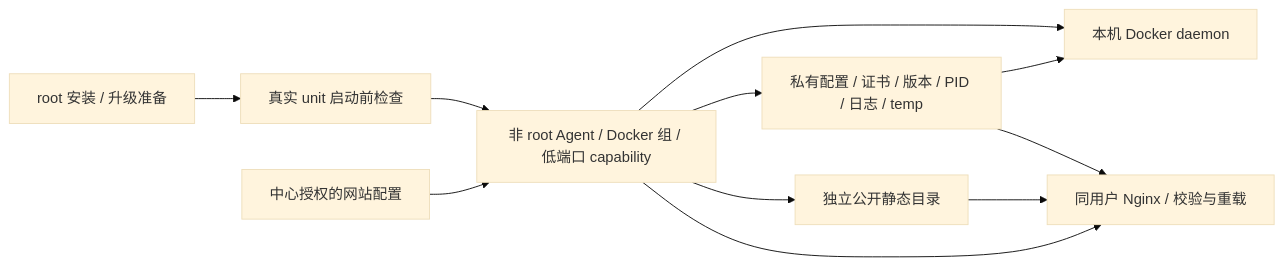
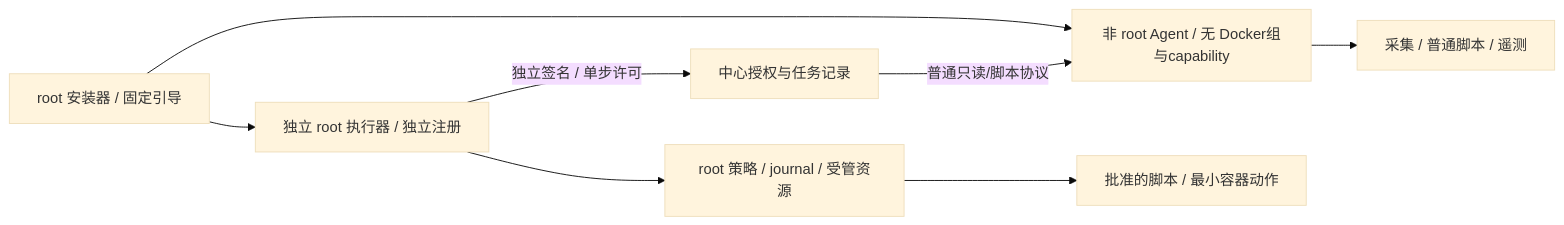
One commit to workhold/lightmoni changed diagram 33 of 35 in docs/system-design.md. Above: the diagram before and after it, drawn with Mermaid (base theme). The commit also changed other lines of this file and 98 other files, not shown here.

````diff
--- a/docs/system-design.md
+++ b/docs/system-design.md
@@ -1841,13 +1834,10 @@
 ```mermaid
 flowchart LR
-  Install[root 安装 / 升级准备] --> Check[真实 unit 启动前检查]
-  Check --> Agent[非 root Agent / Docker 组 / 低端口 capability]
-  Center[中心授权的网站配置] --> Agent
-  Agent --> Docker[本机 Docker daemon]
-  Agent --> Private[私有配置 / 证书 / 版本 / PID / 日志 / temp]
-  Agent --> Public[独立公开静态目录]
-  Private --> Docker
-  Agent --> Nginx[同用户 Nginx / 校验与重载]
-  Private --> Nginx
-  Public --> Nginx
+  Install[root 安装器 / 固定引导] --> Agent[非 root Agent / 无 Docker组与capability]
+  Install --> Executor[独立 root 执行器 / 独立注册]
+  Center[中心授权与任务记录] -->|普通只读/脚本协议| Agent
+  Executor -->|独立签名 / 单步许可| Center
+  Agent --> Normal[采集 / 普通脚本 / 遥测]
+  Executor --> Policy[root 策略 / journal / 受管资源]
+  Policy --> Effects[批准的脚本 / 最小容器动作]
 ```
````
